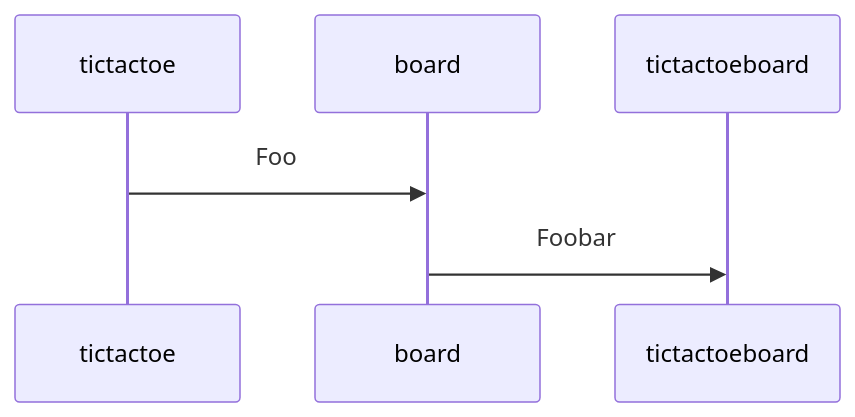
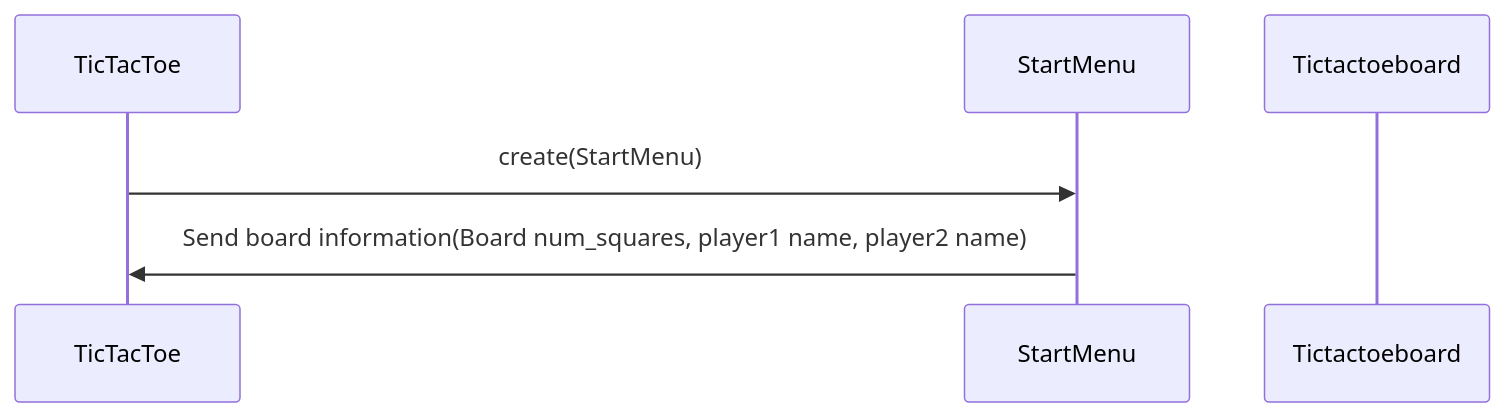
The second of 2 diagrams in maarittelydokumentti/arkkitehtuuri.md (TatuSorjonen/ot-harjoitustyo), drawn with Mermaid before and after one commit. The commit also changed other lines of this file, not shown here.

````diff
--- a/maarittelydokumentti/arkkitehtuuri.md
+++ b/maarittelydokumentti/arkkitehtuuri.md
@@ -75,8 +90,8 @@
 ```mermaid
 sequenceDiagram
-  participant tictactoe
-  participant board
-  participant tictactoeboard
-  tictactoe->> board: Foo
-  board->>tictactoeboard: Foobar
+  participant TicTacToe
+  participant StartMenu
+  participant Tictactoeboard
+  TicTacToe->> StartMenu: create(StartMenu)
+  StartMenu->> TicTacToe: Send board information(Board num_squares, player1 name, player2 name)
 ```
````
